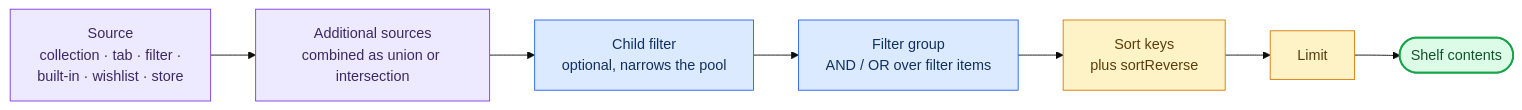
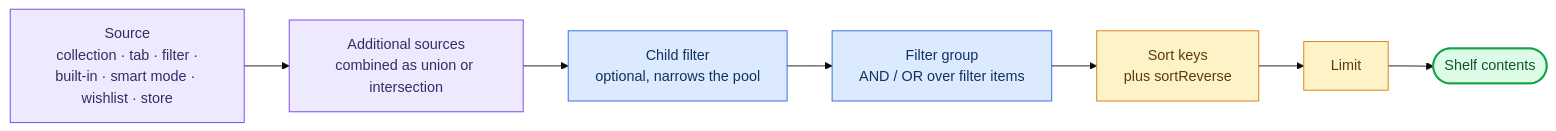
Before and after one commit to santojon/Deck-Shelves: the diagram in docs/filters.md, drawn with Mermaid (base theme). The commit also changed other lines of this file and 233 other files, not shown here.

````diff
--- a/docs/filters.md
+++ b/docs/filters.md
@@ -14,26 +14,26 @@
 ```mermaid
 flowchart LR
-    source["Source<br/>collection · tab · filter ·<br/>built-in · wishlist · store"]
+    source["Source<br/>collection · tab · filter ·<br/>built-in · smart mode · wishlist · store"]
     extra["Additional sources<br/>combined as union or intersection"]
     child["Child filter<br/>optional, narrows the pool"]
     group["Filter group<br/>AND / OR over filter items"]
     sort["Sort keys<br/>plus sortReverse"]
     limit["Limit"]
     out(["Shelf contents"])
 
     source --> extra
     extra --> child
     child --> group
     group --> sort
     sort --> limit
     limit --> out
 
     classDef src fill:#ede9fe,stroke:#7c3aed,color:#3b2a63
     classDef filt fill:#dbeafe,stroke:#2563eb,color:#12315e
     classDef ord fill:#fef3c7,stroke:#d97706,color:#5c3d0a
     classDef result fill:#dcfce7,stroke:#16a34a,stroke-width:2px,color:#14532d
     class source,extra src
     class child,group filt
     class sort,limit ord
     class out result
 ```
````
